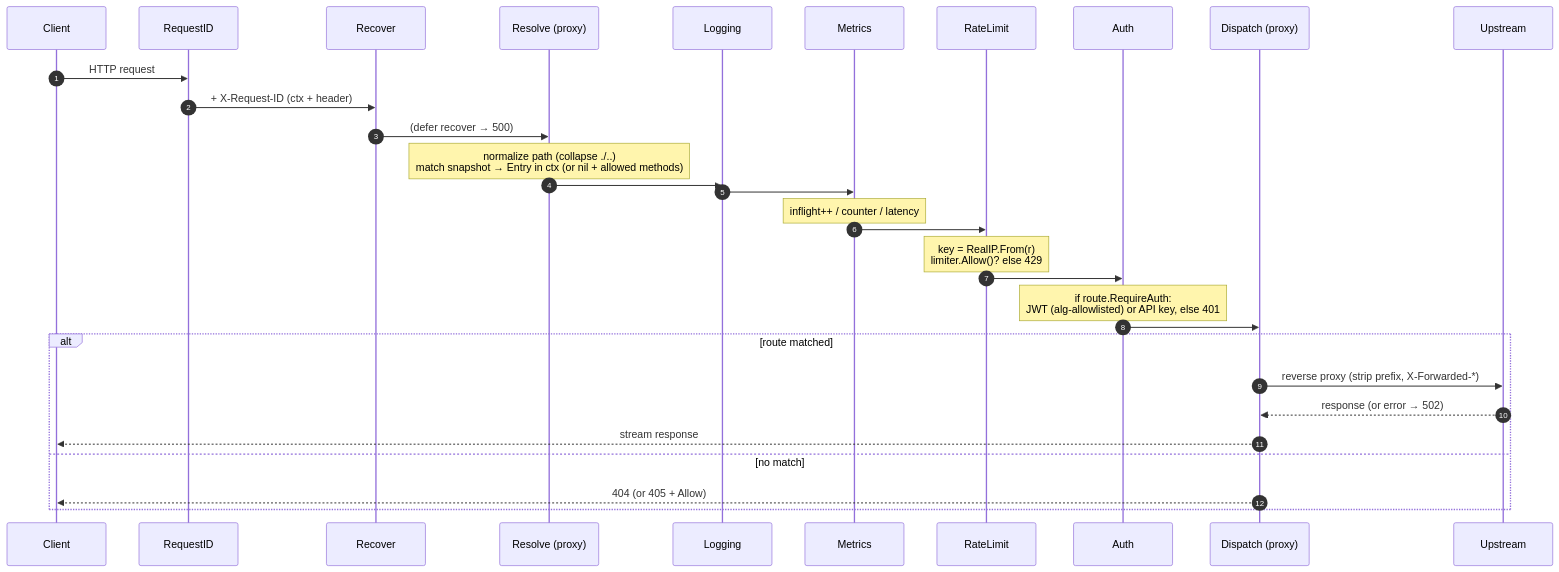
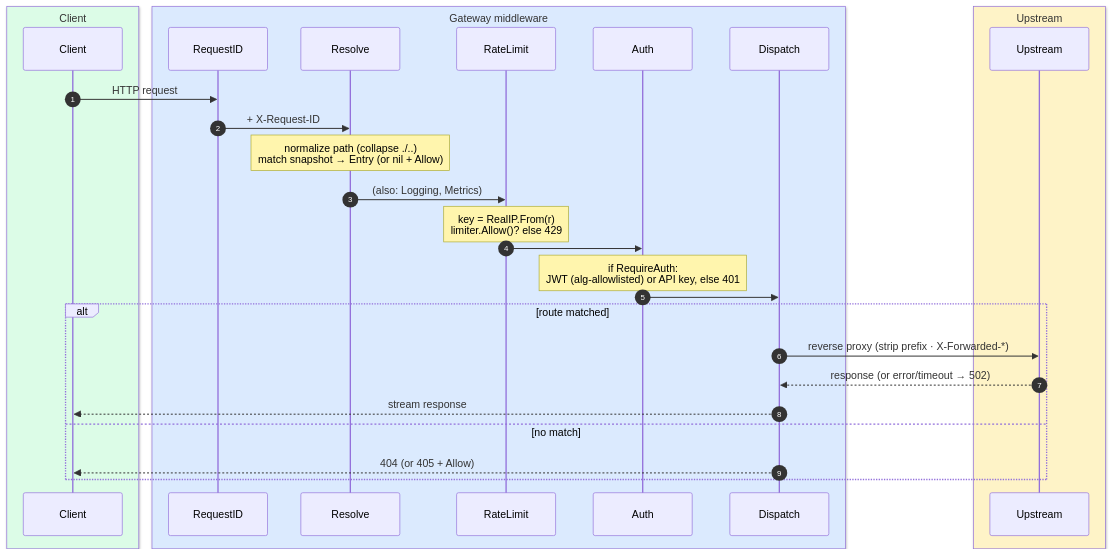
The sixth of 15 diagrams in docs/architecture.md (mohabnazmy/API-Gateway), drawn with Mermaid before and after one commit. The commit also changed other lines of this file, not shown here.

First line of the commit message:
docs: make architecture diagram-heavy and colored

````diff
--- a/docs/architecture.md
+++ b/docs/architecture.md
@@ -135,34 +205,33 @@
 ```mermaid
 sequenceDiagram
     autonumber
+    box rgb(220,252,231) Client
     participant C as Client
+    end
+    box rgb(219,234,254) Gateway middleware
     participant RID as RequestID
-    participant Rec as Recover
-    participant Res as Resolve (proxy)
-    participant Log as Logging
-    participant Met as Metrics
+    participant Res as Resolve
     participant RL as RateLimit
     participant Auth as Auth
-    participant D as Dispatch (proxy)
+    participant D as Dispatch
+    end
+    box rgb(254,243,199) Upstream
     participant U as Upstream
+    end
 
     C->>RID: HTTP request
-    RID->>Rec: + X-Request-ID (ctx + header)
-    Rec->>Res: (defer recover → 500)
-    Note over Res: normalize path (collapse ./..)<br/>match snapshot → Entry in ctx (or nil + allowed methods)
-    Res->>Log: 
-    Log->>Met: 
-    Note over Met: inflight++ / counter / latency
-    Met->>RL: 
+    RID->>Res: + X-Request-ID
+    Note over Res: normalize path (collapse ./..)<br/>match snapshot → Entry (or nil + Allow)
+    Res->>RL: (also: Logging, Metrics)
     Note over RL: key = RealIP.From(r)<br/>limiter.Allow()? else 429
     RL->>Auth: 
-    Note over Auth: if route.RequireAuth:<br/>JWT (alg-allowlisted) or API key, else 401
+    Note over Auth: if RequireAuth:<br/>JWT (alg-allowlisted) or API key, else 401
     Auth->>D: 
     alt route matched
-        D->>U: reverse proxy (strip prefix, X-Forwarded-*)
-        U-->>D: response (or error → 502)
+        D->>U: reverse proxy (strip prefix · X-Forwarded-*)
+        U-->>D: response (or error/timeout → 502)
         D-->>C: stream response
     else no match
         D-->>C: 404 (or 405 + Allow)
     end
 ```
````
